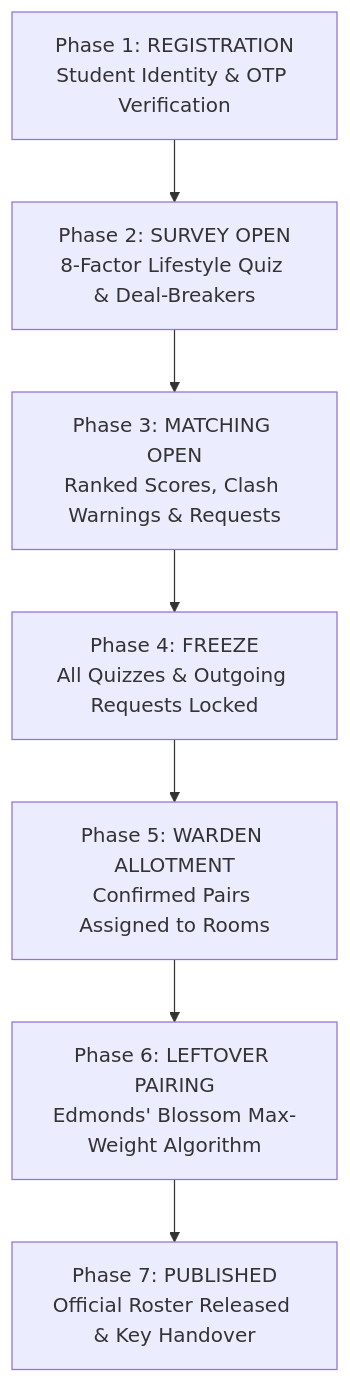
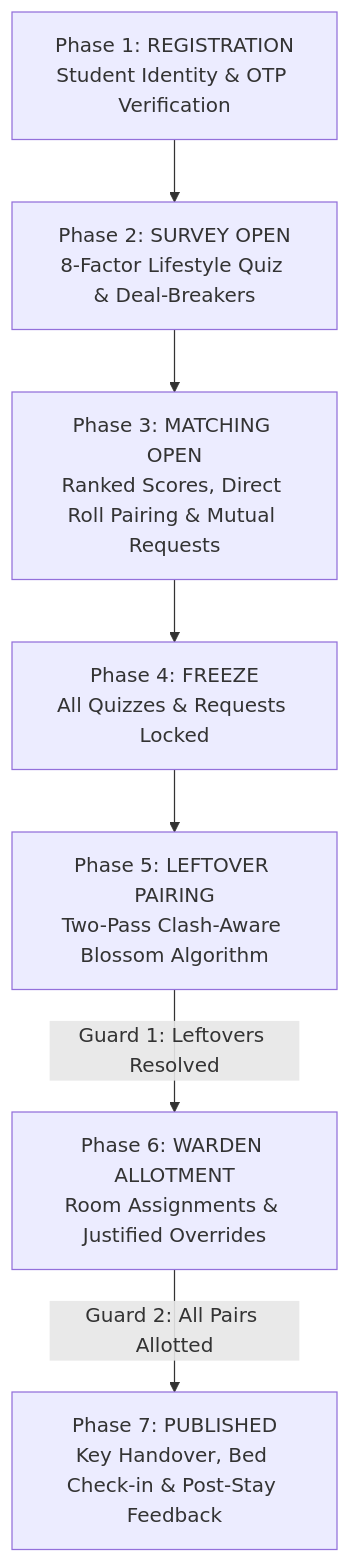
One commit to Kabhi001/Kindred changed the diagram in README.md. Above: the diagram before and after it, drawn with Mermaid. The commit also changed other lines of this file and 25 other files, not shown here.

Commit message:
feat: expand roommate matching and registration

````diff
--- a/README.md
+++ b/README.md
@@ -178,9 +194,9 @@
 ```mermaid
 graph TD
-    P1[Phase 1: REGISTRATION<br>Student Identity & OTP Verification] --> P2[Phase 2: SURVEY OPEN<br>8-Factor Lifestyle Quiz & Deal-Breakers]
-    P2 --> P3[Phase 3: MATCHING OPEN<br>Ranked Scores, Clash Warnings & Requests]
-    P3 --> P4[Phase 4: FREEZE<br>All Quizzes & Outgoing Requests Locked]
-    P4 --> P5[Phase 5: WARDEN ALLOTMENT<br>Confirmed Pairs Assigned to Rooms]
-    P5 --> P6[Phase 6: LEFTOVER PAIRING<br>Edmonds' Blossom Max-Weight Algorithm]
-    P6 --> P7[Phase 7: PUBLISHED<br>Official Roster Released & Key Handover]
+    P1["Phase 1: REGISTRATION<br>Student Identity & OTP Verification"] --> P2["Phase 2: SURVEY OPEN<br>8-Factor Lifestyle Quiz & Deal-Breakers"]
+    P2 --> P3["Phase 3: MATCHING OPEN<br>Ranked Scores, Direct Roll Pairing & Mutual Requests"]
+    P3 --> P4["Phase 4: FREEZE<br>All Quizzes & Requests Locked"]
+    P4 --> P5["Phase 5: LEFTOVER PAIRING<br>Two-Pass Clash-Aware Blossom Algorithm"]
+    P5 -->|Guard 1: Leftovers Resolved| P6["Phase 6: WARDEN ALLOTMENT<br>Room Assignments & Justified Overrides"]
+    P6 -->|Guard 2: All Pairs Allotted| P7["Phase 7: PUBLISHED<br>Key Handover, Bed Check-in & Post-Stay Feedback"]
 ```
````
